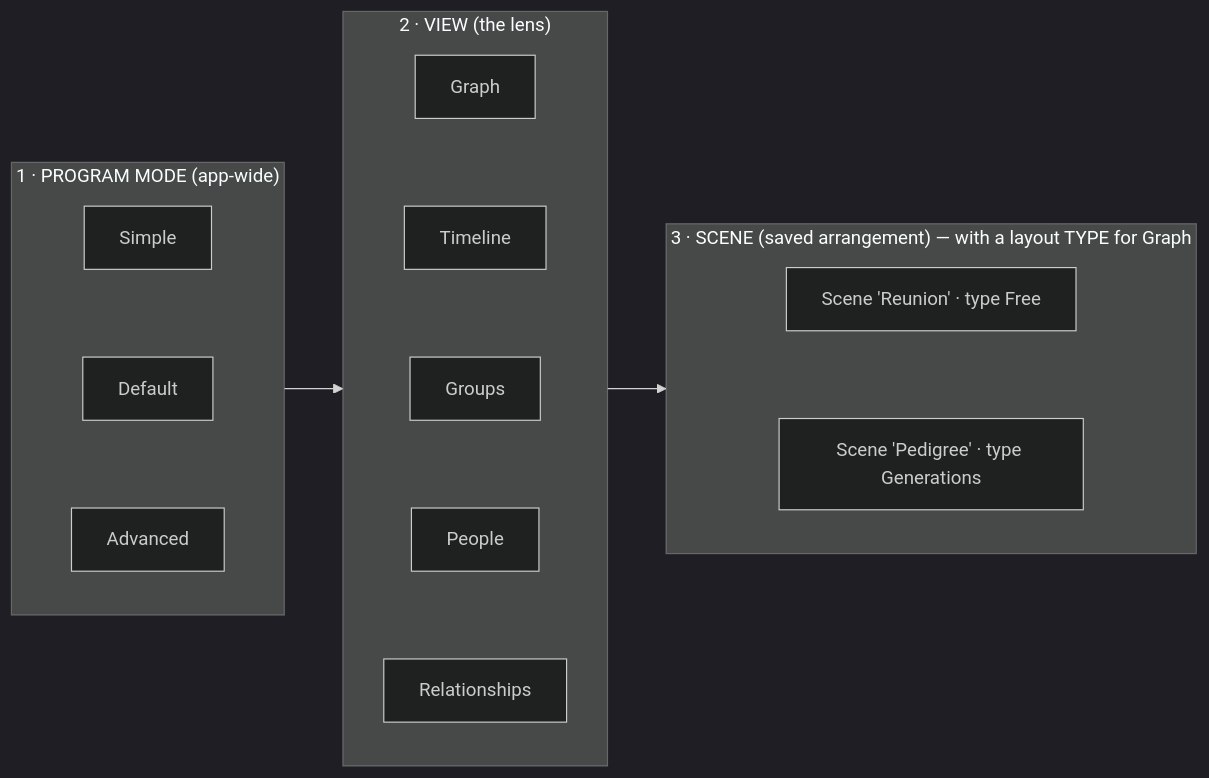
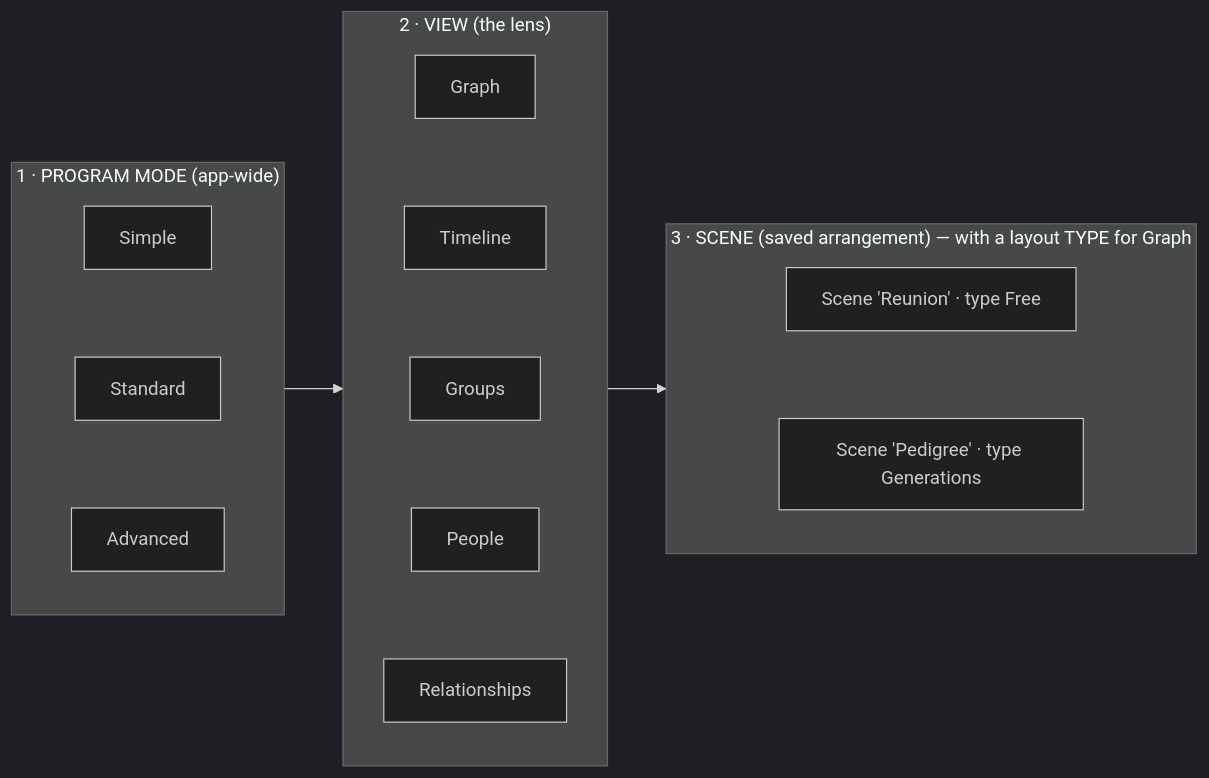
Before and after one commit to TommyChan6/ModernFamilyTree: the third of 16 diagrams in docs/temp-client-structure.md, drawn with Mermaid (dark theme). The commit also changed other lines of this file, not shown here.

````diff
--- a/docs/temp-client-structure.md
+++ b/docs/temp-client-structure.md
@@ -64,13 +66,13 @@
 ```mermaid
 flowchart LR
     subgraph one["1 · PROGRAM MODE (app-wide)"]
-        m1[Simple] ~~~ m2[Default] ~~~ m3[Advanced]
+        m1[Simple] ~~~ m2[Standard] ~~~ m3[Advanced]
     end
     subgraph two["2 · VIEW (the lens)"]
         v1[Graph] ~~~ v2[Timeline] ~~~ v3[Groups] ~~~ v4[People] ~~~ v5[Relationships]
     end
     subgraph three["3 · SCENE (saved arrangement) — with a layout TYPE for Graph"]
         s1["Scene 'Reunion' · type Free"] ~~~ s2["Scene 'Pedigree' · type Generations"]
     end
     one --> two --> three
 ```
````
